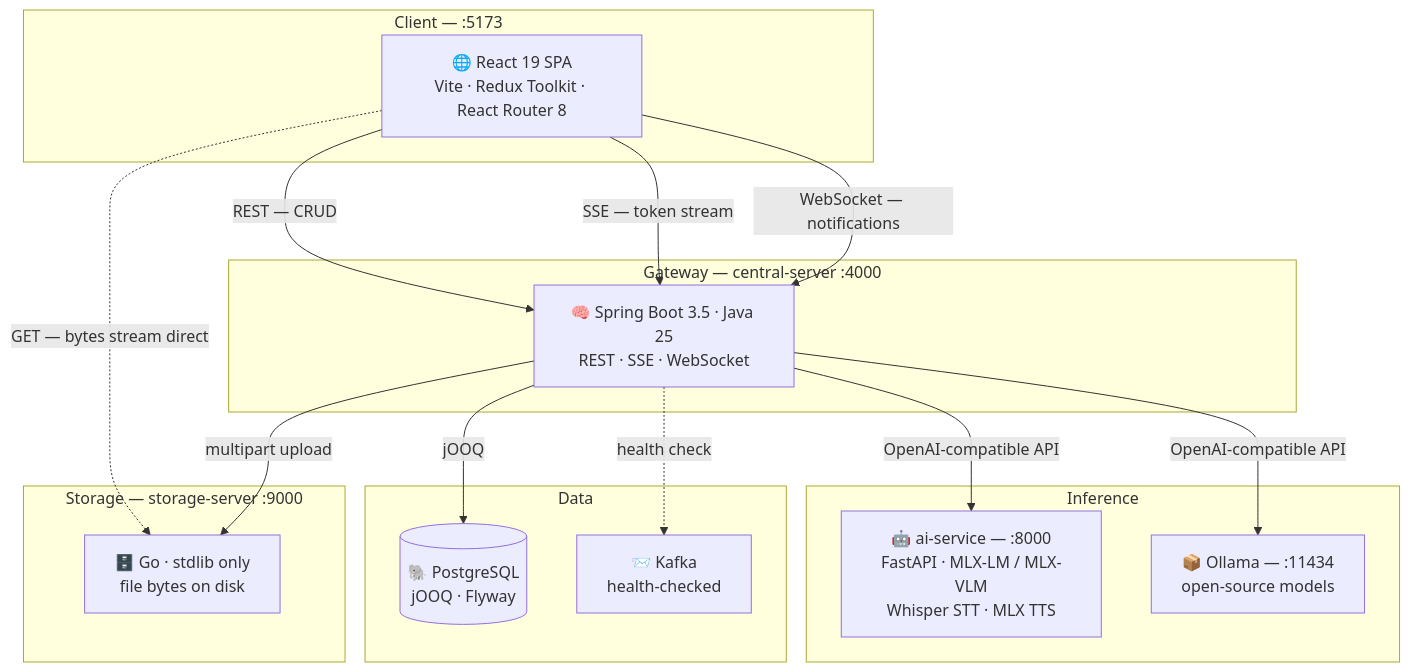
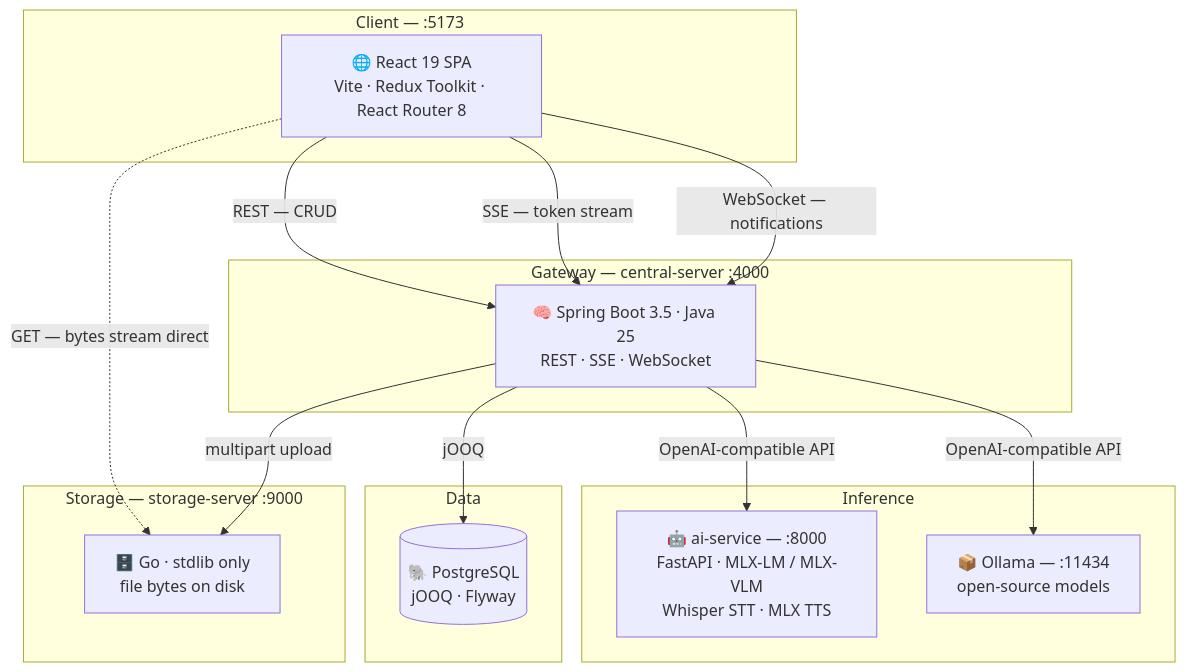
One commit to NVJ9SINGHNAVJOT/pro-professor changed the first of 2 diagrams in README.md. Above: the diagram before and after it, drawn with Mermaid. The commit also changed other lines of this file and 35 other files, not shown here.

````diff
--- a/README.md
+++ b/README.md
@@ -133,35 +132,33 @@
 ```mermaid
 flowchart TB
     subgraph ClientTier["Client — :5173"]
         Browser["🌐 React 19 SPA<br/>Vite · Redux Toolkit · React Router 8"]
     end
 
     subgraph GatewayTier["Gateway — central-server :4000"]
         Central["🧠 Spring Boot 3.5 · Java 25<br/>REST · SSE · WebSocket"]
     end
 
     subgraph InferenceTier["Inference"]
         AI["🤖 ai-service — :8000<br/>FastAPI · MLX-LM / MLX-VLM<br/>Whisper STT · MLX TTS"]
         Ollama["📦 Ollama — :11434<br/>open-source models"]
     end
 
     subgraph DataTier["Data"]
         DB[("🐘 PostgreSQL<br/>jOOQ · Flyway")]
-        Kafka["📨 Kafka<br/>health-checked"]
     end
 
     subgraph StorageTier["Storage — storage-server :9000"]
         StorageSrv["🗄️ Go · stdlib only<br/>file bytes on disk"]
     end
 
     Browser -->|"REST — CRUD"| Central
     Browser -->|"SSE — token stream"| Central
     Browser -->|"WebSocket — notifications"| Central
     Browser -.->|"GET — bytes stream direct"| StorageSrv
 
     Central -->|"jOOQ"| DB
-    Central -.->|"health check"| Kafka
     Central -->|"OpenAI-compatible API"| AI
     Central -->|"OpenAI-compatible API"| Ollama
     Central -->|"multipart upload"| StorageSrv
 ```
````
